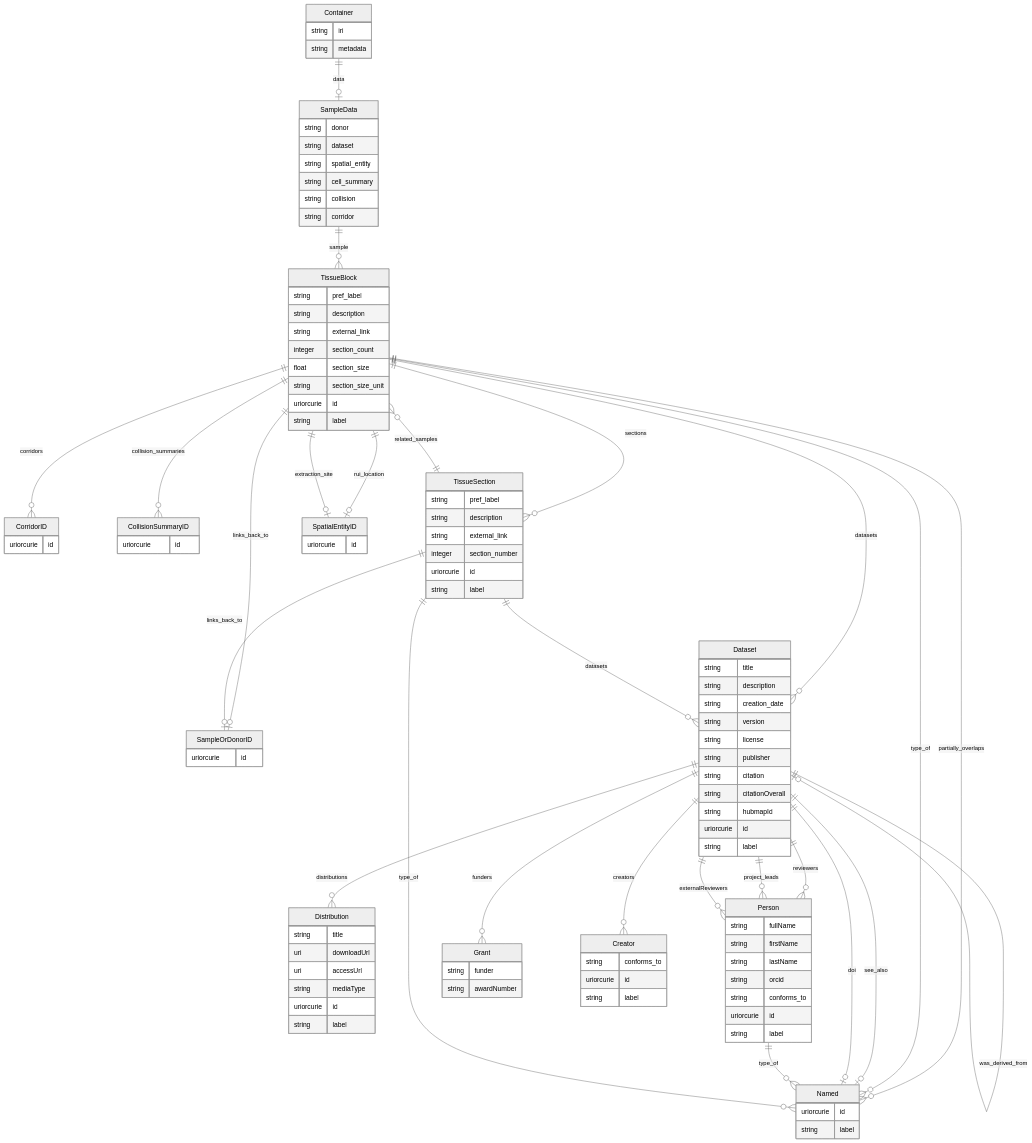
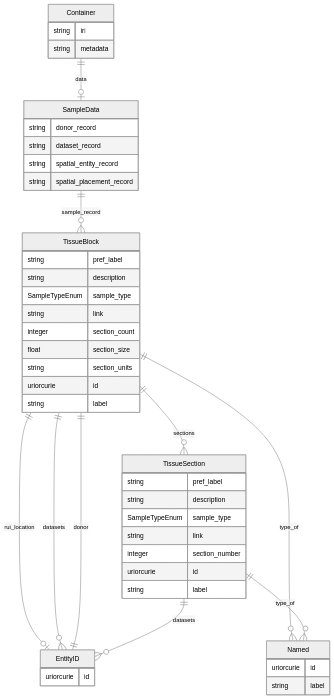
Diagram 16 of 20 in er-diagrams.md (hubmapconsortium/hra-do-processor), drawn with Mermaid (neutral theme) before and after one commit. The commit also changed other lines of this file and 21 other files, not shown here.

Commit message:
Regenerating ER diagrams

````diff
--- a/er-diagrams.md
+++ b/er-diagrams.md
@@ -1099,20 +1357,19 @@
     string metadata  
 }
 SampleData {
-    string donor  
-    string dataset  
-    string spatial_entity  
-    string cell_summary  
-    string collision  
-    string corridor  
+    string donor_record  
+    string dataset_record  
+    string spatial_entity_record  
+    string spatial_placement_record  
 }
 TissueBlock {
     string pref_label  
     string description  
-    string external_link  
+    SampleTypeEnum sample_type  
+    string link  
     integer section_count  
     float section_size  
-    string section_size_unit  
+    string section_units  
     uriorcurie id  
     string label  
 }
@@ -1120,90 +1377,27 @@
     uriorcurie id  
     string label  
 }
-SampleOrDonorID {
+EntityID {
     uriorcurie id  
-}
-CorridorID {
-    uriorcurie id  
-}
-CollisionSummaryID {
-    uriorcurie id  
-}
-Dataset {
-    string title  
-    string description  
-    string creation_date  
-    string version  
-    string license  
-    string publisher  
-    string citation  
-    string citationOverall  
-    string hubmapId  
-    uriorcurie id  
-    string label  
-}
-Distribution {
-    string title  
-    uri downloadUrl  
-    uri accessUrl  
-    string mediaType  
-    uriorcurie id  
-    string label  
-}
-Person {
-    string fullName  
-    string firstName  
-    string lastName  
-    string orcid  
-    string conforms_to  
-    uriorcurie id  
-    string label  
-}
-Grant {
-    string funder  
-    string awardNumber  
-}
-Creator {
-    string conforms_to  
-    uriorcurie id  
-    string label  
 }
 TissueSection {
     string pref_label  
     string description  
-    string external_link  
+    SampleTypeEnum sample_type  
+    string link  
     integer section_number  
     uriorcurie id  
     string label  
 }
-SpatialEntityID {
-    uriorcurie id  
-}
 
 Container ||--|o SampleData : "data"
-SampleData ||--}o TissueBlock : "sample"
-TissueBlock ||--}o Named : "partially_overlaps"
-TissueBlock ||--|o SpatialEntityID : "rui_location"
-TissueBlock ||--|o SpatialEntityID : "extraction_site"
+SampleData ||--}o TissueBlock : "sample_record"
+TissueBlock ||--|o EntityID : "rui_location"
 TissueBlock ||--}o TissueSection : "sections"
-TissueBlock ||--}o Dataset : "datasets"
-TissueBlock ||--}o CollisionSummaryID : "collision_summaries"
-TissueBlock ||--}o CorridorID : "corridors"
-TissueBlock ||--|o SampleOrDonorID : "links_back_to"
+TissueBlock ||--}o EntityID : "datasets"
+TissueBlock ||--|| EntityID : "donor"
 TissueBlock ||--}o Named : "type_of"
-Dataset ||--}o Creator : "creators"
-Dataset ||--}o Person : "reviewers"
-Dataset ||--|o Named : "see_also"
-Dataset ||--}o Grant : "funders"
-Dataset ||--|o Named : "doi"
-Dataset ||--}o Person : "project_leads"
-Dataset ||--}o Person : "externalReviewers"
-Dataset ||--}o Distribution : "distributions"
-Dataset ||--|o Dataset : "was_derived_from"
-Person ||--}o Named : "type_of"
-TissueSection ||--}o TissueBlock : "related_samples"
-TissueSection ||--}o Dataset : "datasets"
-TissueSection ||--|o SampleOrDonorID : "links_back_to"
+TissueSection ||--}o EntityID : "datasets"
 TissueSection ||--}o Named : "type_of"
 
 ```
````
